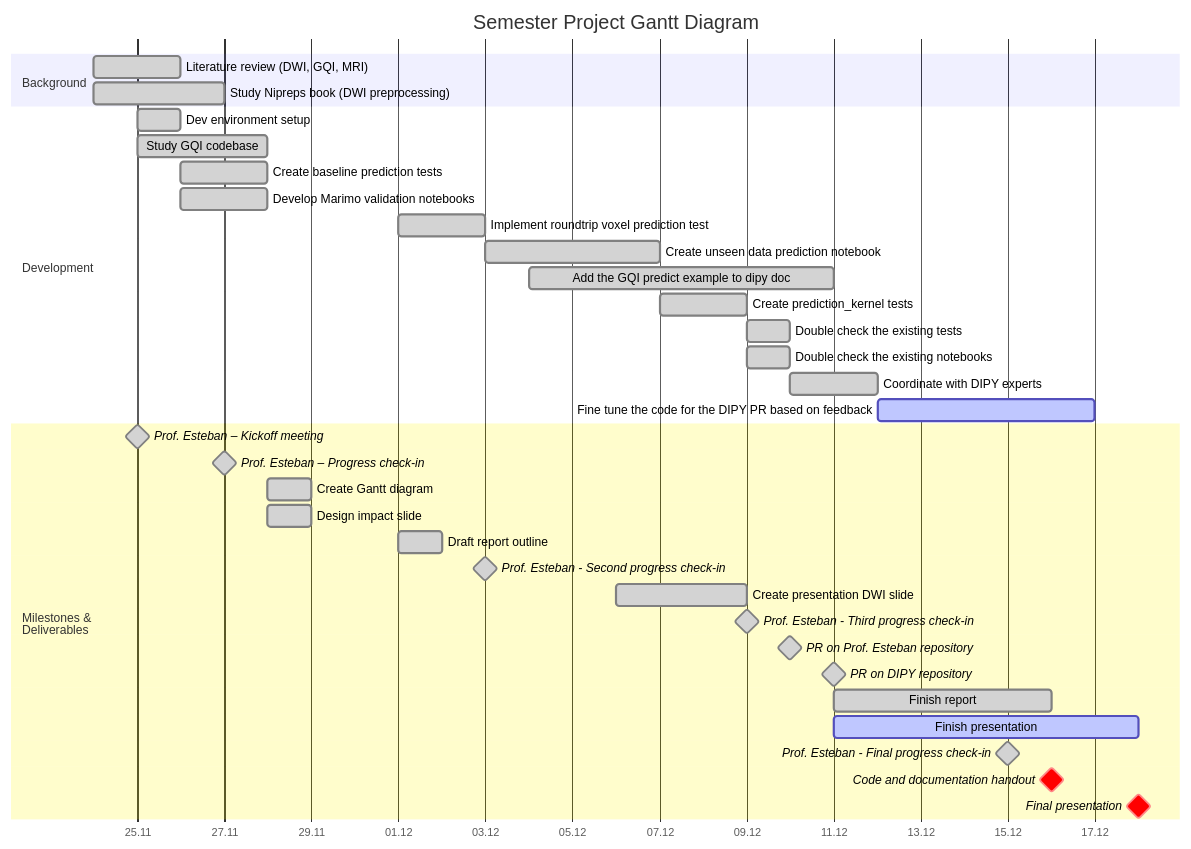
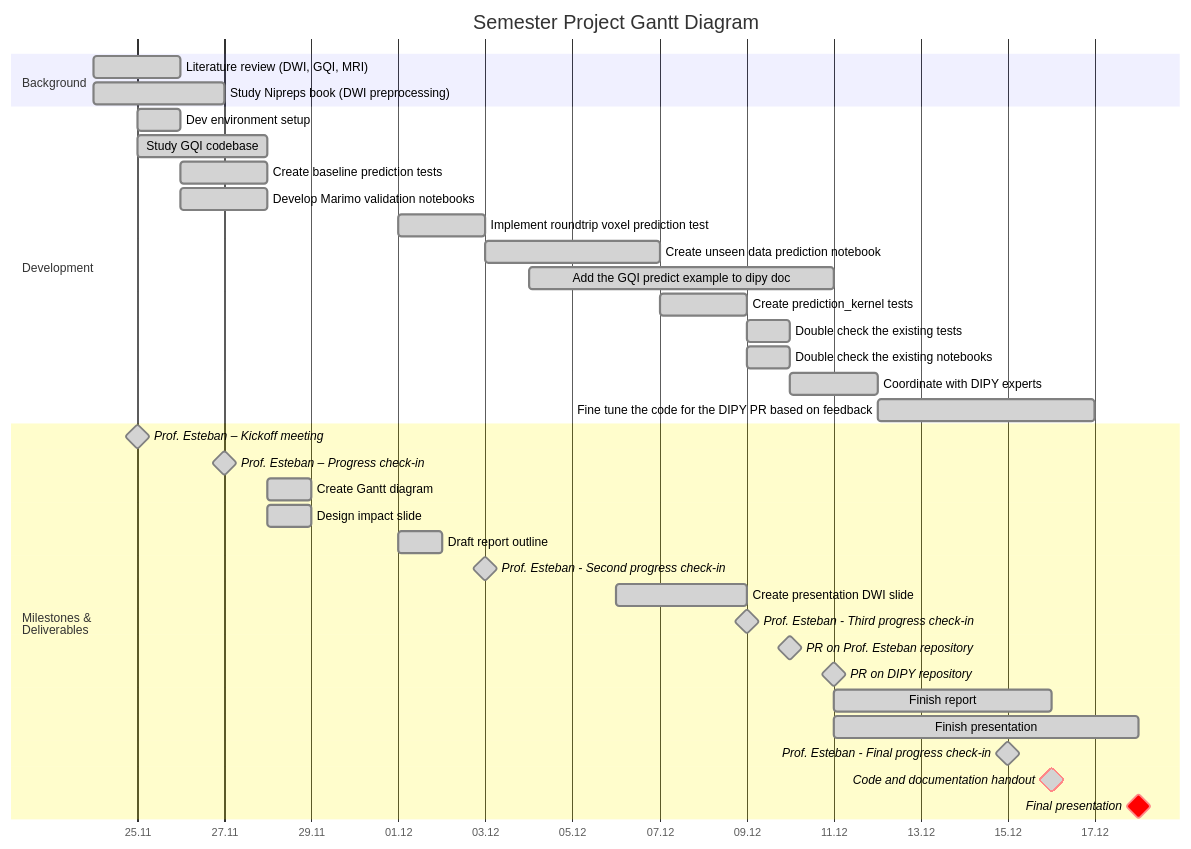
One commit to MadeInShineA/303.1-semester-project changed the diagram in src/index.qmd. Above: the diagram before and after it, drawn with Mermaid. The commit also changed 4 other files, not shown here.

Commit message:
Corrected presentation typo + Updated Gantt chart

````diff
--- a/src/index.qmd
+++ b/src/index.qmd
@@ -25,46 +25,46 @@
 ```{mermaid}
 gantt
 
     title Semester Project Gantt Diagram
     dateFormat DD.MM.YYYY
     axisFormat %d.%m
 
     section Background
         Literature review (DWI, GQI, MRI)       :done,         research,       24.11.2025, 2d
         Study Nipreps book (DWI preprocessing)  :done,         nipreps,        24.11.2025, 3d
 
     section Development
         Dev environment setup                   :done,         devenv,         25.11.2025, 1d
         Study GQI codebase                      :done,         codebase,       25.11.2025, 3d
         Create baseline prediction tests        :done,         simple_tests,   26.11.2025, 2d
         Develop Marimo validation notebooks     :done,         notebooks,      26.11.2025, 2d
         Implement roundtrip voxel prediction test :done,       cross_tests,    01.12.2025, 2d
         Create unseen data prediction notebook  :done,         unseen_data,    03.12.2025, 4d
         Add the GQI predict example to dipy doc :done,         predict_example,04.12.2025, 11.12.2025
         Create prediction_kernel tests          :done,         prediction_kernel ,07.12.2025, 2d
         Double check the existing tests         :done,         dc_test,          09.12.2025, 1d
         Double check the existing notebooks     :done,         dc_notebooks,   09.12.2025, 1d
         Coordinate with DIPY experts            :done,         coor,           10.12.2025, 12.12.2025
-        Fine tune the code for the DIPY PR based on feedback      :active,        prpr,           12.12.2025, 17.12.2025
+        Fine tune the code for the DIPY PR based on feedback      :done,        prpr,           12.12.2025, 17.12.2025
         
 
       
         
 
     section Milestones & <br>Deliverables
         Prof. Esteban – Kickoff meeting         :done,         milestone,      25.11.2025, 0d
         Prof. Esteban – Progress check-in       :done,         milestone,      27.11.2025, 0d
         Create Gantt diagram                    :done,         gantt,          28.11.2025, 1d
         Design impact slide                     :done,         impact,         28.11.2025, 1d
         Draft report outline                    :done,         r_draft,        01.12.2025, 1d
         Prof. Esteban - Second progress check-in:done,         milestone,      03.12.2025, 0d
         Create presentation DWI slide           :done,         p_draft,        06.12.2025, 09.12.2025 
         Prof. Esteban - Third progress check-in :done,         milestone,      09.12.2025, 0d
         PR on Prof. Esteban repository          :done,         milestone,      10.12.2025, 0d
         PR on DIPY repository                   :done,         milestone,      11.12.2025, 0d
         Finish report                           :done,         f_rep,          11.12.2025, 16.12.2025
-        Finish presentation                     :active,       f_pres,         11.12.2025, 18.12.2025
+        Finish presentation                     :done,       f_pres,         11.12.2025, 18.12.2025
         Prof. Esteban - Final progress check-in :done,         milestone,      15.12.2025, 0d
-        Code and documentation handout          :crit,         milestone,      16.12.2025, 0d
+        Code and documentation handout          :done,crit,    milestone,      16.12.2025, 0d
         Final presentation                      :crit,         milestone,      18.12.2025, 0d
 ```
````
